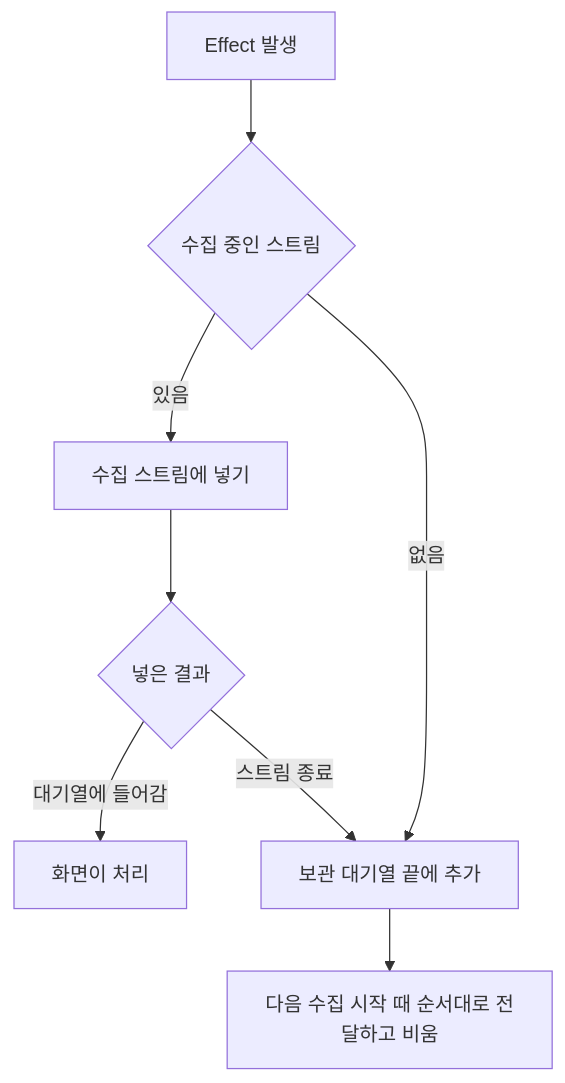
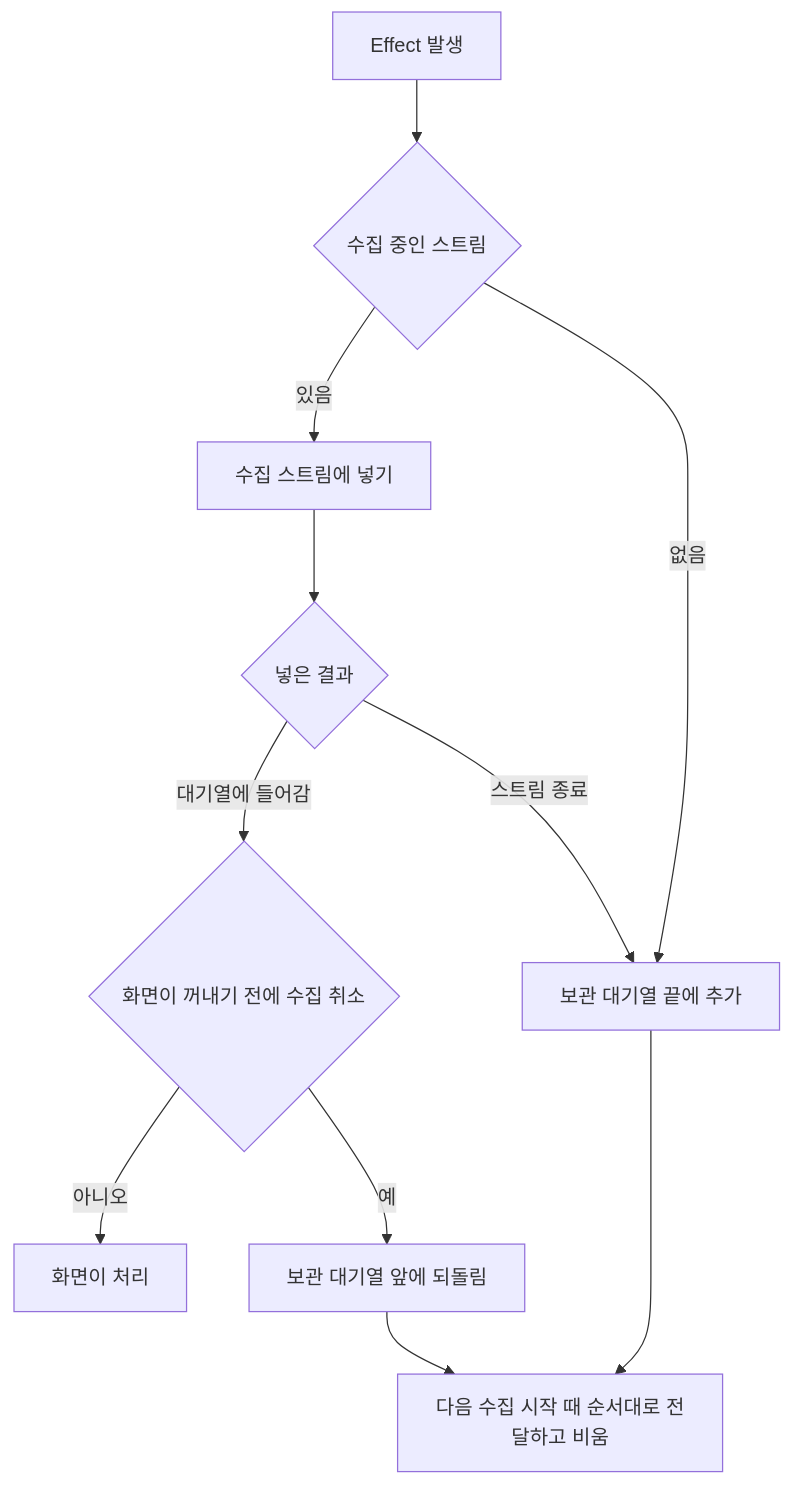
One commit to KIM-N-KANG/knk-harness changed the second of 2 diagrams in docs/platform/CLIENT/IOS/2-STATE-MANAGEMENT.md. Above: the diagram before and after it, drawn with Mermaid. The commit also changed other lines of this file and 24 other files, not shown here.

````diff
--- a/docs/platform/CLIENT/IOS/2-STATE-MANAGEMENT.md
+++ b/docs/platform/CLIENT/IOS/2-STATE-MANAGEMENT.md
@@ -43,10 +43,13 @@
 ```mermaid
 flowchart TD
     A["Effect 발생"] --> B{"수집 중인 스트림"}
     B -->|있음| C["수집 스트림에 넣기"]
     C --> D{"넣은 결과"}
-    D -->|대기열에 들어감| E["화면이 처리"]
+    D -->|대기열에 들어감| E{"화면이 꺼내기 전에 수집 취소"}
+    E -->|아니오| H["화면이 처리"]
+    E -->|예| I["보관 대기열 앞에 되돌림"]
+    I --> G
     D -->|스트림 종료| F["보관 대기열 끝에 추가"]
     B -->|없음| F
     F --> G["다음 수집 시작 때 순서대로 전달하고 비움"]
 ```
````
